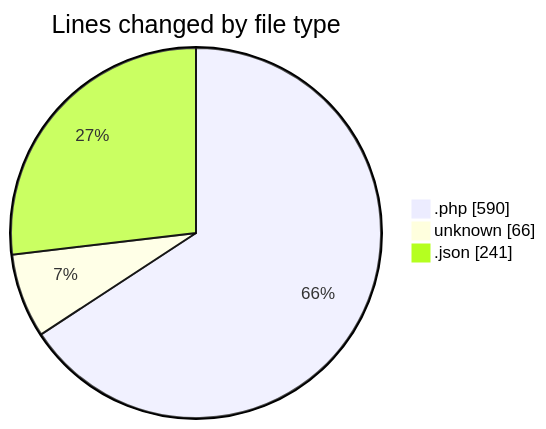
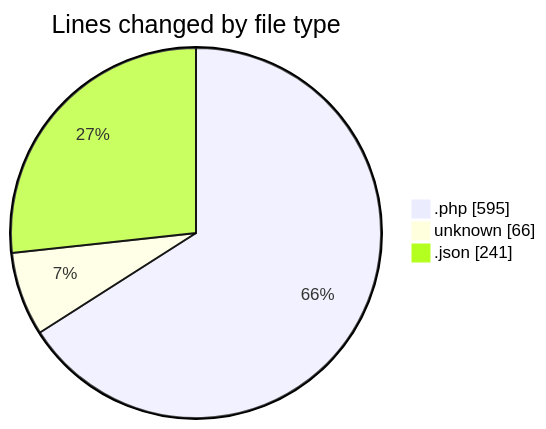
The first of 2 diagrams in 2025-04-10/test/README.md (idhammustaqopulfikri/code-tracking), drawn with Mermaid before and after one commit. The commit also changed other lines of this file and 1 other file, not shown here.

````diff
--- a/2025-04-10/test/README.md
+++ b/2025-04-10/test/README.md
@@ -33,7 +33,7 @@
 ```mermaid
 pie showData
 title Lines changed by file type
-".php" : 590
+".php" : 595
 "unknown" : 66
 ".json" : 241
 ```
````
